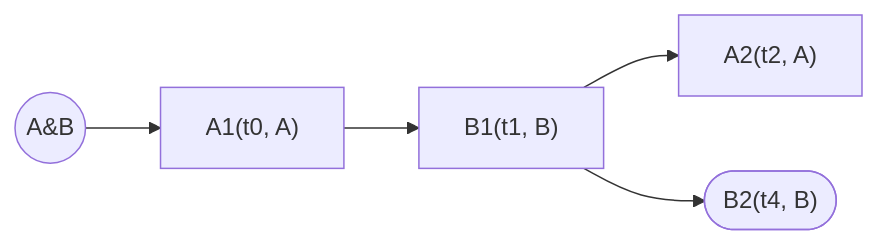
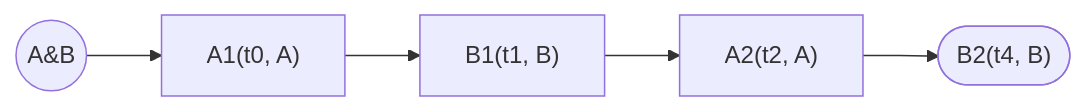
Before and after one commit to Frank-Steven/HoundWhiteboard: diagram 49 of 49 in src/kernel/hit/docs/undo-tree-kernel-example.md, drawn with Mermaid. The commit also changed other lines of this file and 13 other files, not shown here.

````diff
--- a/src/kernel/hit/docs/undo-tree-kernel-example.md
+++ b/src/kernel/hit/docs/undo-tree-kernel-example.md
@@ -805,5 +803,4 @@
 ```mermaid
 flowchart LR
-    R((A&B)) --> A1["A1(t0, A)"] --> B1["B1(t1, B)"] --> A2["A2(t2, A)"]
-    B1 --> B2(["B2(t4, B)"])
+    R((A&B)) --> A1["A1(t0, A)"] --> B1["B1(t1, B)"] --> A2["A2(t2, A)"] --> B2(["B2(t4, B)"])
 ```
````
